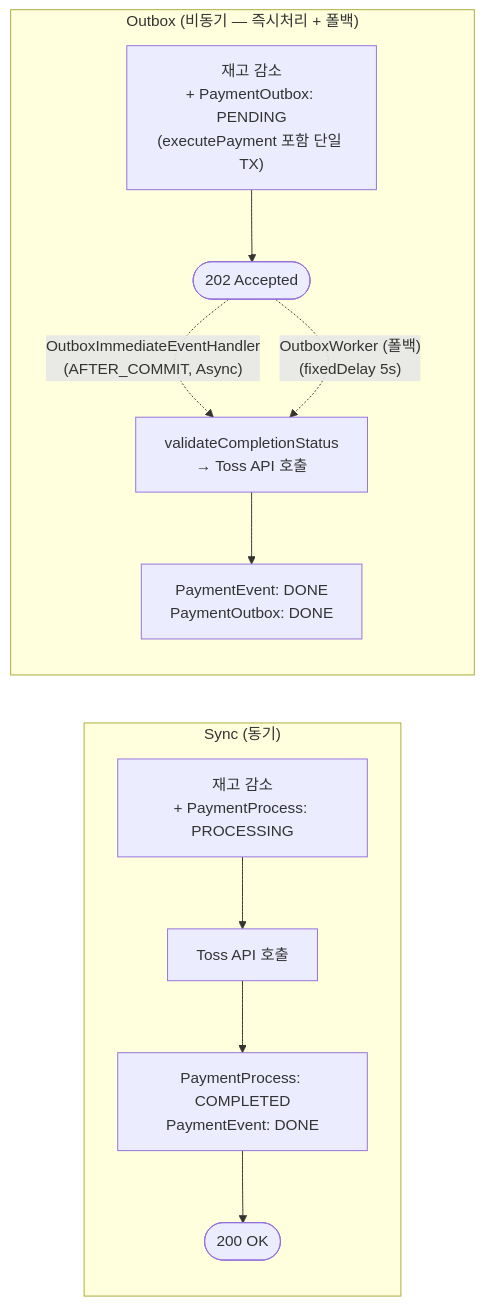
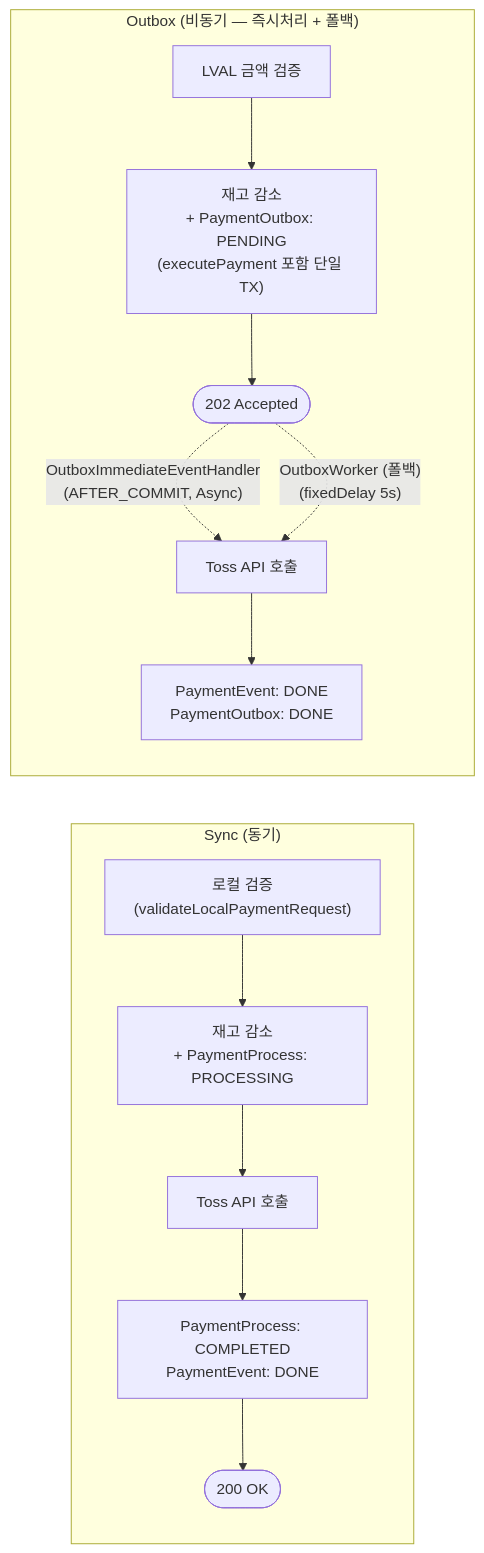
The fifth of 6 diagrams in docs/context/CONFIRM-FLOW-FLOWCHART.md (hyoguoo/payment-platform), drawn with Mermaid before and after one commit. The commit also changed other lines of this file and 3 other files, not shown here.

````diff
--- a/docs/context/CONFIRM-FLOW-FLOWCHART.md
+++ b/docs/context/CONFIRM-FLOW-FLOWCHART.md
@@ -316,17 +209,19 @@
 ```mermaid
 flowchart LR
     subgraph Sync["Sync (동기)"]
         direction TB
-        S1["재고 감소\n+ PaymentProcess: PROCESSING"] --> S2["Toss API 호출"]
-        S2 --> S3["PaymentProcess: COMPLETED\nPaymentEvent: DONE"]
-        S3 --> S4([200 OK])
+        S1["로컬 검증\n(validateLocalPaymentRequest)"] --> S2["재고 감소\n+ PaymentProcess: PROCESSING"]
+        S2 --> S3["Toss API 호출"]
+        S3 --> S4["PaymentProcess: COMPLETED\nPaymentEvent: DONE"]
+        S4 --> S5([200 OK])
     end
 
     subgraph Outbox["Outbox (비동기 — 즉시처리 + 폴백)"]
         direction TB
-        O1["재고 감소\n+ PaymentOutbox: PENDING\n(executePayment 포함 단일 TX)"] --> O2([202 Accepted])
-        O2 -.->|"OutboxImmediateEventHandler\n(AFTER_COMMIT, Async)"| O3["validateCompletionStatus\n→ Toss API 호출"]
-        O2 -.->|"OutboxWorker (폴백)\n(fixedDelay 5s)"| O3
-        O3 --> O4["PaymentEvent: DONE\nPaymentOutbox: DONE"]
+        O1["LVAL 금액 검증"] --> O2["재고 감소\n+ PaymentOutbox: PENDING\n(executePayment 포함 단일 TX)"]
+        O2 --> O3([202 Accepted])
+        O3 -.->|"OutboxImmediateEventHandler\n(AFTER_COMMIT, Async)"| O4["Toss API 호출"]
+        O3 -.->|"OutboxWorker (폴백)\n(fixedDelay 5s)"| O4
+        O4 --> O5["PaymentEvent: DONE\nPaymentOutbox: DONE"]
     end
 ```
````
